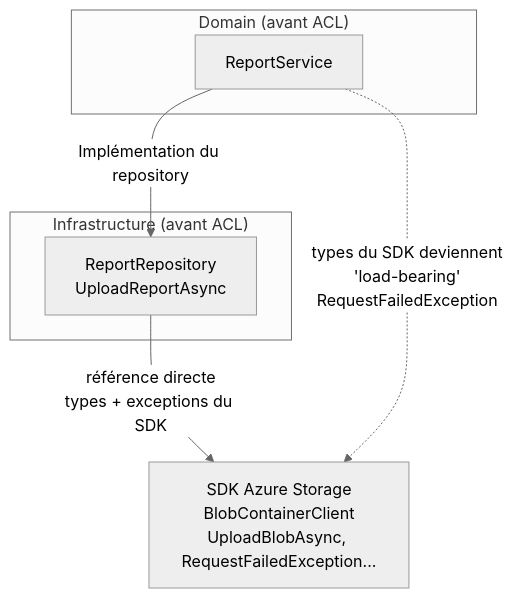
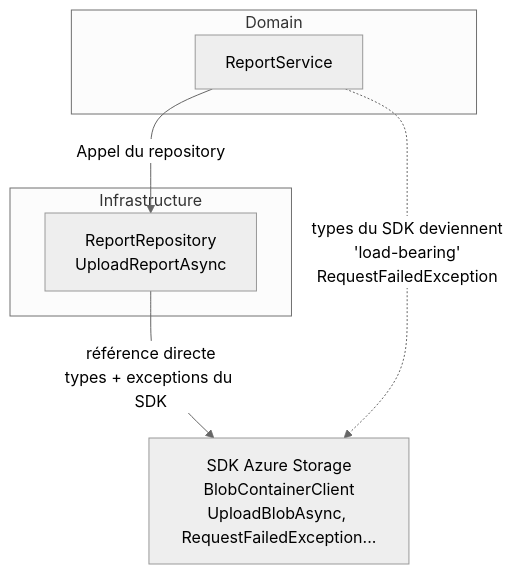
Before and after one commit to nono26/MeetupNugetDependence: the first of 4 diagrams in 4.migration/readme.md, drawn with Mermaid (neutral theme). The commit also changed other lines of this file and 3 other files, not shown here.

````diff
--- a/4.migration/readme.md
+++ b/4.migration/readme.md
@@ -5,18 +5,18 @@
 ```mermaid
 flowchart TB
-    subgraph domain["Domain (avant ACL)"]
+    subgraph domain["Domain"]
         RS["ReportService"]
     end
 
-    subgraph Infra["Infrastructure (avant ACL)"]
+    subgraph Infra["Infrastructure"]
         Repository
     end
 
     Repository["ReportRepository<br/>UploadReportAsync"]
 
     SDK["SDK Azure Storage<br/>BlobContainerClient<br/>UploadBlobAsync, RequestFailedException..."]
 
-    RS -->|"Implémentation du repository"| Repository
+    RS -->|"Appel du repository"| Repository
     Repository -->|"référence directe<br/>types + exceptions du SDK"| SDK
     RS -.->|"types du SDK deviennent<br/>'load-bearing'<br/>RequestFailedException"| SDK
 ```
````
